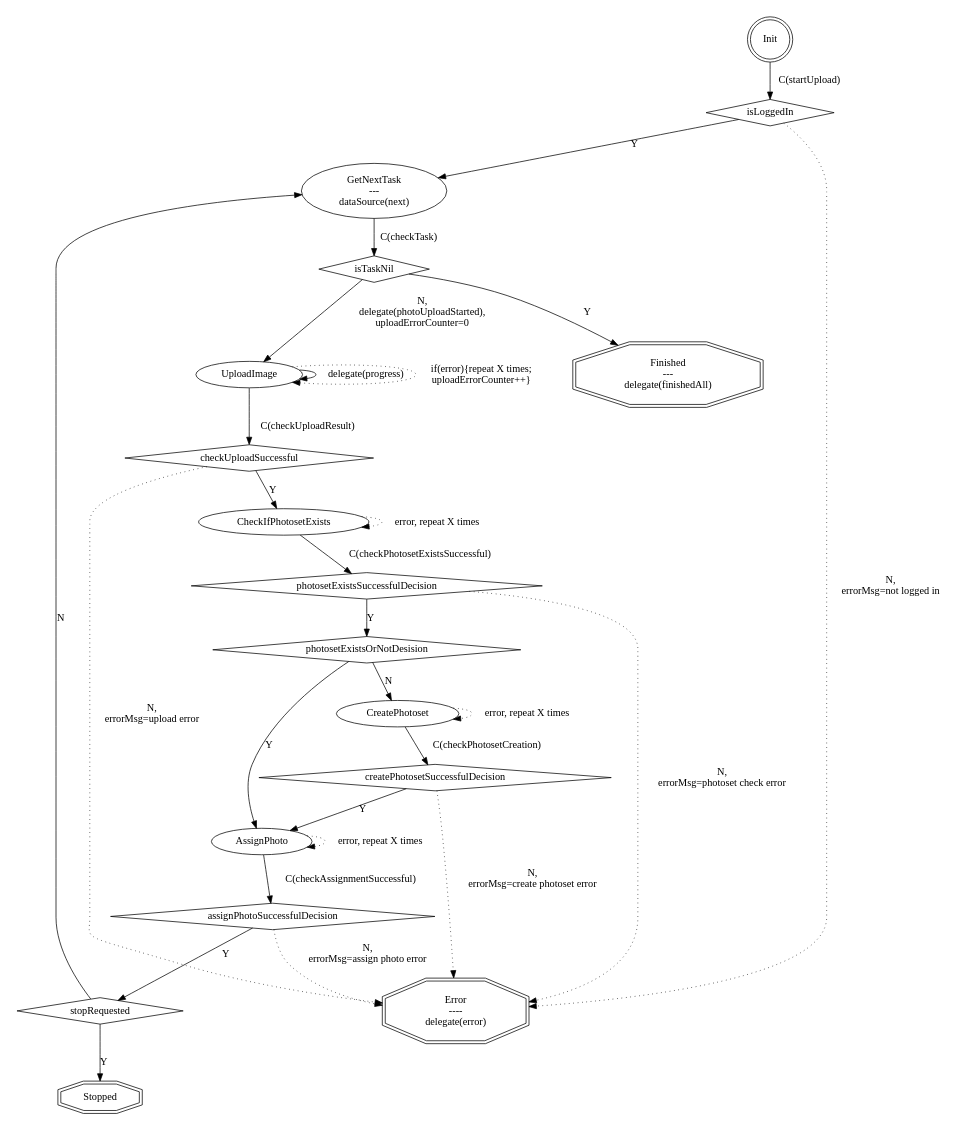
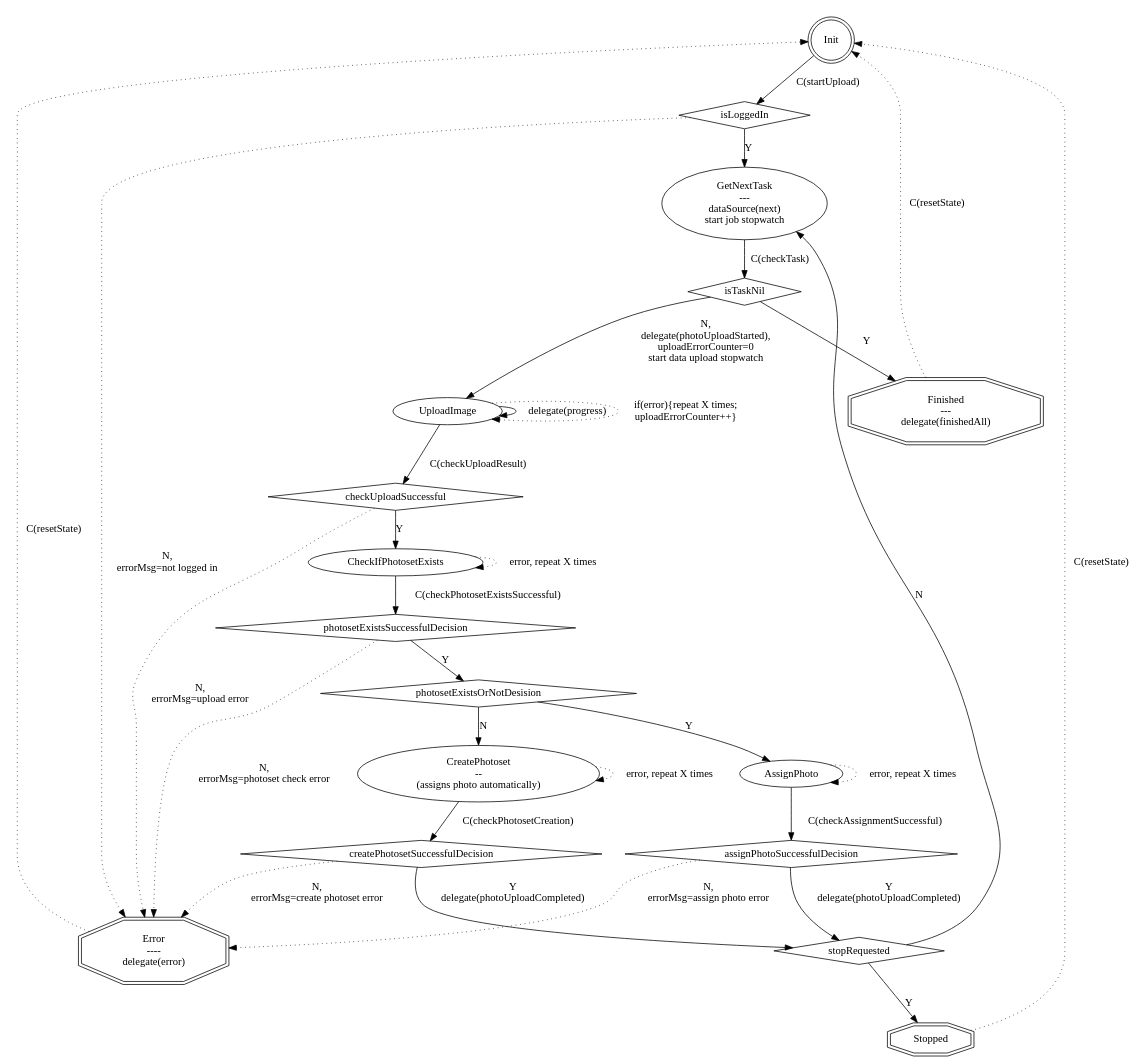
The diagram in docs/WDFlickrPhotoUploaderFSMGraph.gv (fredmajor/WDFlickrPhotoUploader), drawn with Graphviz before and after one commit. The commit also changed 6 other files, not shown here.

```diff
--- a/docs/WDFlickrPhotoUploaderFSMGraph.gv
+++ b/docs/WDFlickrPhotoUploaderFSMGraph.gv
@@ -1,51 +1,56 @@
 digraph FlickrControllerLogin {
 //rankdir=LR;
 size="8";
 
 Init [shape=doublecircle];
 isLoggedIn[shape="diamond"];
 Init -> isLoggedIn[label="C(startUpload)"];
-GetNextTask[label="GetNextTask\n---\ndataSource(next)"];
+GetNextTask[label="GetNextTask\n---\ndataSource(next)\nstart job stopwatch"];
 isLoggedIn -> GetNextTask[label="Y"];
 isLoggedIn -> Error[label="N,\nerrorMsg=not logged in",style=dotted];
 
 isTaskNil[shape=diamond];
 GetNextTask -> isTaskNil[label="C(checkTask)"];
 Finished [shape=doubleoctagon,label="Finished\n---\ndelegate(finishedAll)"];
+Finished -> Init [style=dotted, label="C(resetState)"]
 Error[shape=doubleoctagon, label="Error\n----\ndelegate(error)"]
+Error -> Init [style=dotted, label="C(resetState)"]
 isTaskNil -> Finished[label="Y"];
-isTaskNil -> UploadImage[label="N,\ndelegate(photoUploadStarted),\nuploadErrorCounter=0"];
+isTaskNil -> UploadImage[label="N,\ndelegate(photoUploadStarted),\nuploadErrorCounter=0\nstart data upload stopwatch"];
 
 UploadImage -> UploadImage[label="delegate(progress)"];
 UploadImage -> UploadImage[label="if(error){repeat X times;\nuploadErrorCounter++}", style=dotted];
 checkUploadSuccessful[shape="diamond"];
 UploadImage -> checkUploadSuccessful[label="C(checkUploadResult)"];
 checkUploadSuccessful -> Error[label="N,\nerrorMsg=upload error", style=dotted];
 checkUploadSuccessful -> CheckIfPhotosetExists[label="Y"];
 
 photosetExistsOrNotDesision[shape="diamond"];
 photosetExistsSuccessfulDecision[shape="diamond"];
 CheckIfPhotosetExists -> photosetExistsSuccessfulDecision[label="C(checkPhotosetExistsSuccessful)"]
 CheckIfPhotosetExists -> CheckIfPhotosetExists[label="error, repeat X times", style=dotted];
 photosetExistsSuccessfulDecision -> Error[label="N,\nerrorMsg=photoset check error", style=dotted];
 photosetExistsSuccessfulDecision -> photosetExistsOrNotDesision[label="Y"]
+CreatePhotoset[label="CreatePhotoset\n--\n(assigns photo automatically)"];
 photosetExistsOrNotDesision -> CreatePhotoset[label="N"]
 photosetExistsOrNotDesision -> AssignPhoto[label="Y"]
 
 createPhotosetSuccessfulDecision[shape="diamond"]
 CreatePhotoset -> createPhotosetSuccessfulDecision[label="C(checkPhotosetCreation)"];
 CreatePhotoset -> CreatePhotoset[label="error, repeat X times", style=dotted];
 createPhotosetSuccessfulDecision -> Error[label="N,\nerrorMsg=create photoset error", style=dotted];
-createPhotosetSuccessfulDecision -> AssignPhoto[label="Y"]
+//createPhotosetSuccessfulDecision -> AssignPhoto[label="Y"]
+createPhotosetSuccessfulDecision -> stopRequested[label="Y\ndelegate(photoUploadCompleted)"]
 
 assignPhotoSuccessfulDecision[shape="diamond"]
 AssignPhoto -> AssignPhoto[label="error, repeat X times", style=dotted];
 AssignPhoto -> assignPhotoSuccessfulDecision[label="C(checkAssignmentSuccessful)"]
 assignPhotoSuccessfulDecision -> Error[label="N,\nerrorMsg=assign photo error", style="dotted"]
-assignPhotoSuccessfulDecision -> stopRequested[label="Y"]
+assignPhotoSuccessfulDecision -> stopRequested[label="Y\ndelegate(photoUploadCompleted)"]
 
 Stopped[shape=doubleoctagon]
+Stopped -> Init [style=dotted, label="C(resetState)"]
 stopRequested[shape="diamond"]
 stopRequested -> GetNextTask[label="N"]
 stopRequested -> Stopped[label="Y"]
 }
```
